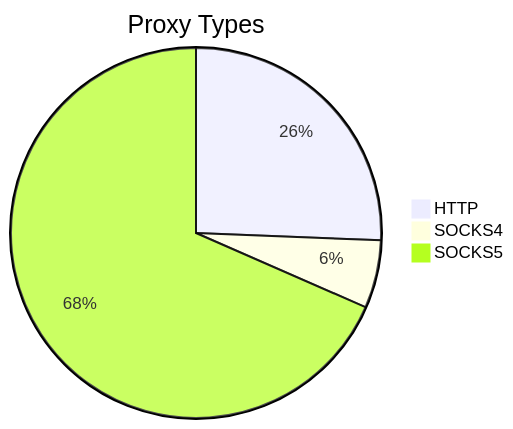
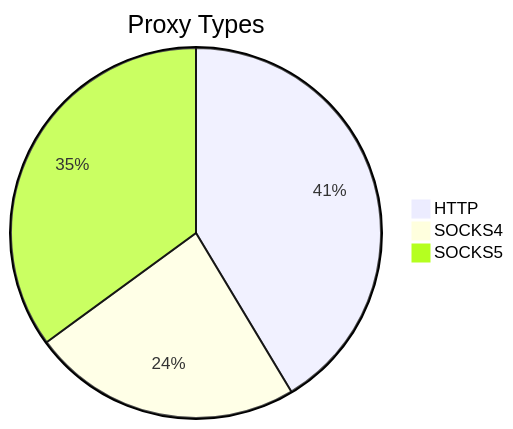
One commit to stormsia/proxy-list changed the first of 2 diagrams in README.md. Above: the diagram before and after it, drawn with Mermaid. The commit also changed other lines of this file, not shown here.

````diff
--- a/README.md
+++ b/README.md
@@ -21,6 +21,6 @@
 ```mermaid
 pie title Proxy Types
-    "HTTP" : 285
-    "SOCKS4" : 66
-    "SOCKS5" : 761
+    "HTTP" : 346
+    "SOCKS4" : 197
+    "SOCKS5" : 293
 ```
````
